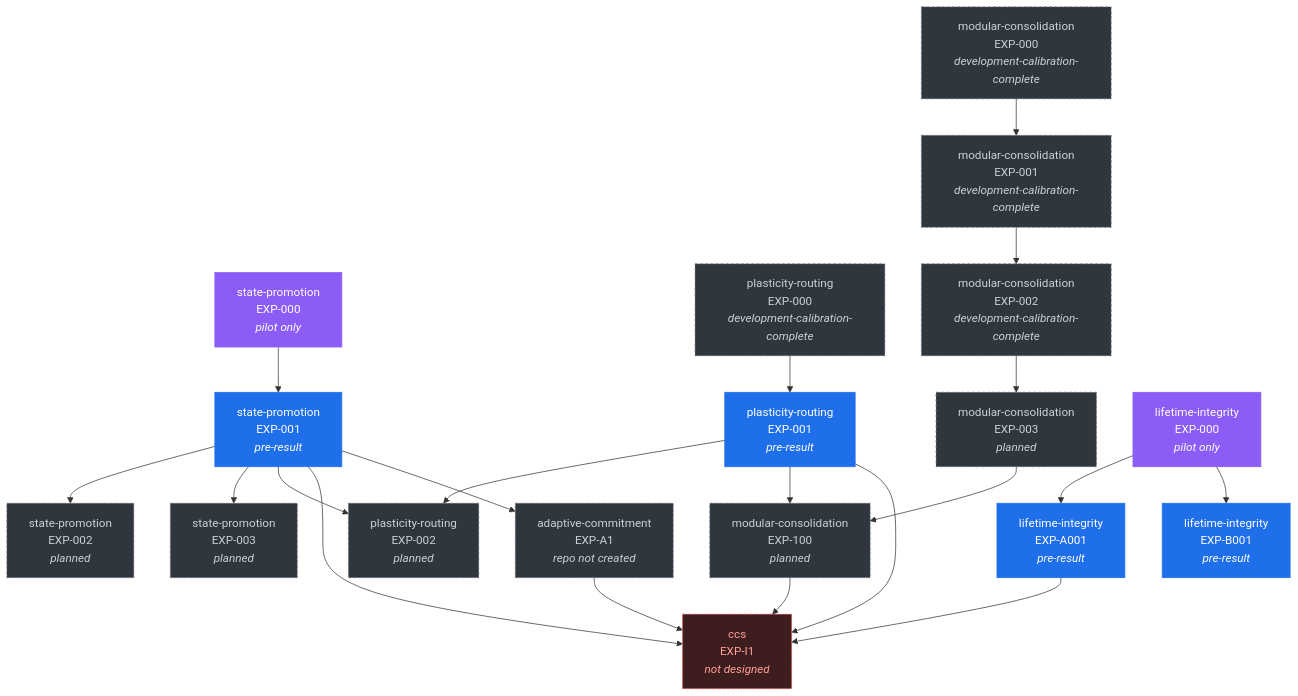
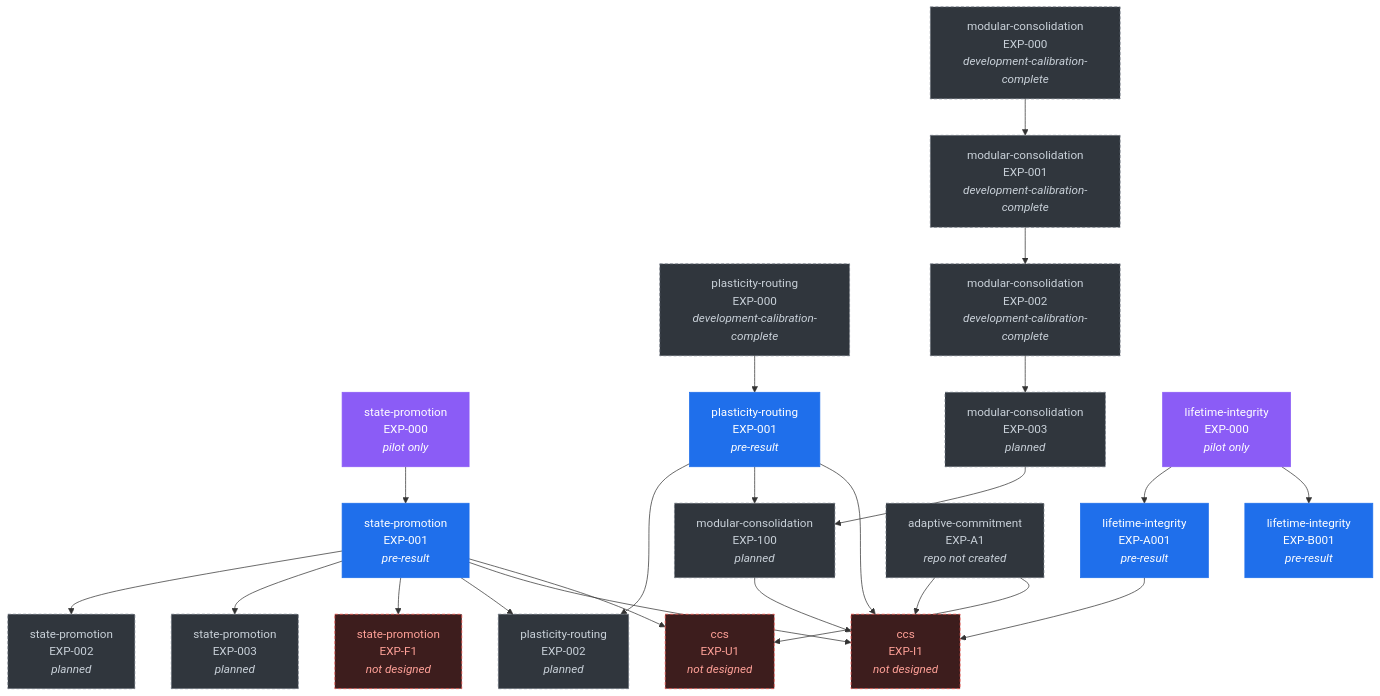
One commit to in-c0/consolidating-cognitive-substrate changed the diagram in docs/DEPENDENCY-DAG.md. Above: the diagram before and after it, drawn with Mermaid. The commit also changed other lines of this file and 20 other files, not shown here.

````diff
--- a/docs/DEPENDENCY-DAG.md
+++ b/docs/DEPENDENCY-DAG.md
@@ -14,62 +14,68 @@
 ```mermaid
 graph TD
   state_promotion_EXP_000["state-promotion<br/>EXP-000<br/><i>pilot only</i>"]
   class state_promotion_EXP_000 pilot;
   state_promotion_EXP_001["state-promotion<br/>EXP-001<br/><i>pre-result</i>"]
   class state_promotion_EXP_001 active;
   state_promotion_EXP_002["state-promotion<br/>EXP-002<br/><i>planned</i>"]
   class state_promotion_EXP_002 planned;
   state_promotion_EXP_003["state-promotion<br/>EXP-003<br/><i>planned</i>"]
   class state_promotion_EXP_003 planned;
+  state_promotion_EXP_F1["state-promotion<br/>EXP-F1<br/><i>not designed</i>"]
+  class state_promotion_EXP_F1 undesigned;
   plasticity_routing_EXP_000["plasticity-routing<br/>EXP-000<br/><i>development-calibration-complete</i>"]
   class plasticity_routing_EXP_000 planned;
   plasticity_routing_EXP_001["plasticity-routing<br/>EXP-001<br/><i>pre-result</i>"]
   class plasticity_routing_EXP_001 active;
   plasticity_routing_EXP_002["plasticity-routing<br/>EXP-002<br/><i>planned</i>"]
   class plasticity_routing_EXP_002 planned;
   modular_consolidation_EXP_000["modular-consolidation<br/>EXP-000<br/><i>development-calibration-complete</i>"]
   class modular_consolidation_EXP_000 planned;
   modular_consolidation_EXP_001["modular-consolidation<br/>EXP-001<br/><i>development-calibration-complete</i>"]
   class modular_consolidation_EXP_001 planned;
   modular_consolidation_EXP_002["modular-consolidation<br/>EXP-002<br/><i>development-calibration-complete</i>"]
   class modular_consolidation_EXP_002 planned;
   modular_consolidation_EXP_003["modular-consolidation<br/>EXP-003<br/><i>planned</i>"]
   class modular_consolidation_EXP_003 planned;
   modular_consolidation_EXP_100["modular-consolidation<br/>EXP-100<br/><i>planned</i>"]
   class modular_consolidation_EXP_100 planned;
   lifetime_integrity_EXP_000["lifetime-integrity<br/>EXP-000<br/><i>pilot only</i>"]
   class lifetime_integrity_EXP_000 pilot;
   lifetime_integrity_EXP_A001["lifetime-integrity<br/>EXP-A001<br/><i>pre-result</i>"]
   class lifetime_integrity_EXP_A001 active;
   lifetime_integrity_EXP_B001["lifetime-integrity<br/>EXP-B001<br/><i>pre-result</i>"]
   class lifetime_integrity_EXP_B001 active;
   ccs_EXP_I1["ccs<br/>EXP-I1<br/><i>not designed</i>"]
   class ccs_EXP_I1 undesigned;
   adaptive_commitment_EXP_A1["adaptive-commitment<br/>EXP-A1<br/><i>repo not created</i>"]
   class adaptive_commitment_EXP_A1 planned;
+  ccs_EXP_U1["ccs<br/>EXP-U1<br/><i>not designed</i>"]
+  class ccs_EXP_U1 undesigned;
 
   state_promotion_EXP_000 --> state_promotion_EXP_001
   state_promotion_EXP_001 --> state_promotion_EXP_002
   state_promotion_EXP_001 --> state_promotion_EXP_003
+  state_promotion_EXP_001 --> state_promotion_EXP_F1
   plasticity_routing_EXP_000 --> plasticity_routing_EXP_001
   plasticity_routing_EXP_001 --> plasticity_routing_EXP_002
   state_promotion_EXP_001 --> plasticity_routing_EXP_002
   modular_consolidation_EXP_000 --> modular_consolidation_EXP_001
   modular_consolidation_EXP_001 --> modular_consolidation_EXP_002
   modular_consolidation_EXP_002 --> modular_consolidation_EXP_003
   modular_consolidation_EXP_003 --> modular_consolidation_EXP_100
   plasticity_routing_EXP_001 --> modular_consolidation_EXP_100
   lifetime_integrity_EXP_000 --> lifetime_integrity_EXP_A001
   lifetime_integrity_EXP_000 --> lifetime_integrity_EXP_B001
   state_promotion_EXP_001 --> ccs_EXP_I1
   plasticity_routing_EXP_001 --> ccs_EXP_I1
   adaptive_commitment_EXP_A1 --> ccs_EXP_I1
   modular_consolidation_EXP_100 --> ccs_EXP_I1
   lifetime_integrity_EXP_A001 --> ccs_EXP_I1
-  state_promotion_EXP_001 --> adaptive_commitment_EXP_A1
+  state_promotion_EXP_001 --> ccs_EXP_U1
+  adaptive_commitment_EXP_A1 --> ccs_EXP_U1
 
   classDef active fill:#1f6feb,stroke:#1f6feb,color:#fff;
   classDef pilot fill:#8b5cf6,stroke:#8b5cf6,color:#fff;
   classDef planned fill:#30363d,stroke:#6e7681,color:#c9d1d9,stroke-dasharray:4 3;
   classDef undesigned fill:#3d1d1d,stroke:#f85149,color:#ffa198,stroke-dasharray:4 3;
 ```
````
